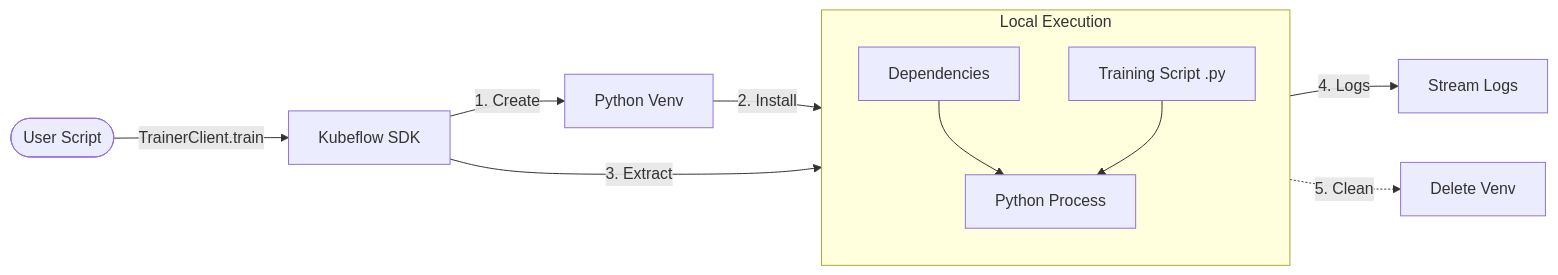
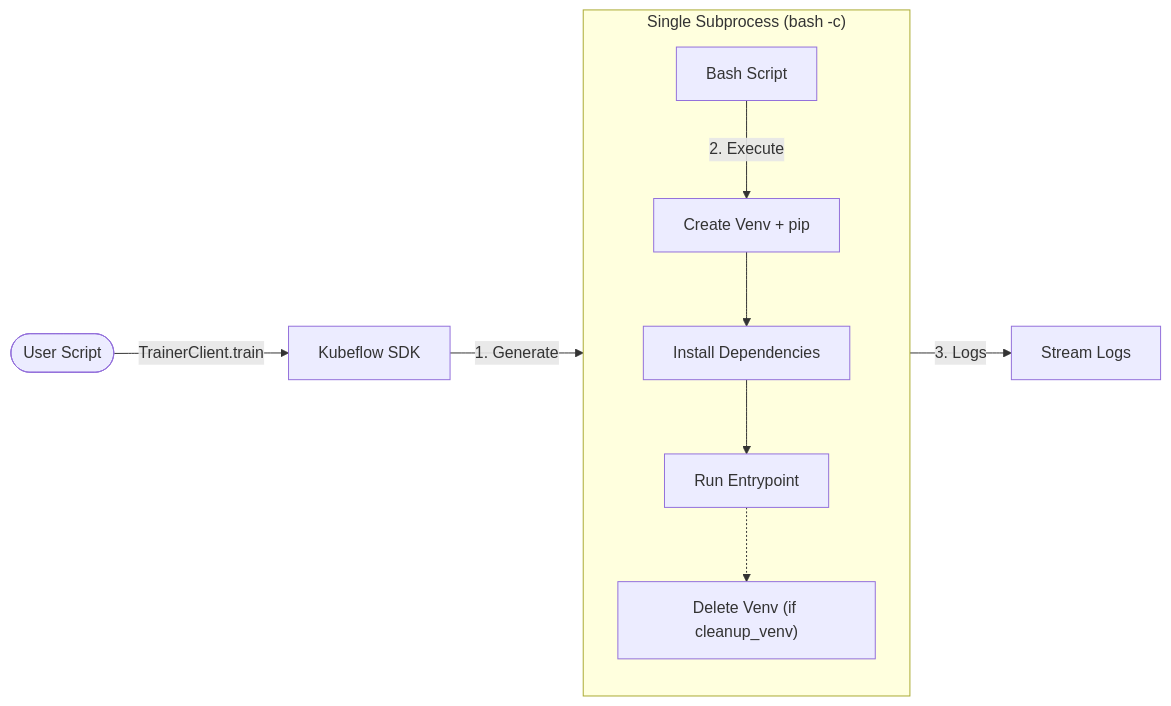
Before and after one commit to kubeflow/website: the diagram in content/en/docs/components/trainer/user-guides/local-execution-mode/local_process.md, drawn with Mermaid. The commit also changed 2 other files, not shown here.

Commit message:
docs(trainer): fix architecture diagrams and documentation accuracy
- docker.md: show logs streaming from all nodes, clarify conditional cleanup
- podman.md: correct architecture text (Docker→Podman), align diagram with implementation, remove incorrect workflow details
- local_process.md: update diagram to reflect bash script generation and single subprocess execution

These changes address reviewer feedback and align documentation with actual SDK implementation.

````diff
--- a/content/en/docs/components/trainer/user-guides/local-execution-mode/local_process.md
+++ b/content/en/docs/components/trainer/user-guides/local-execution-mode/local_process.md
@@ -224,17 +224,16 @@
 ```mermaid
 graph LR
     User([User Script]) -->|TrainerClient.train| SDK[Kubeflow SDK]
     
-    SDK -->|1. Create| Venv[Python Venv]
-    Venv -->|2. Install| Deps[Dependencies]
-    SDK -->|3. Extract| Script[Training Script .py]
+    SDK -->|1. Generate| Script[Bash Script]
     
-    subgraph LocalExec [Local Execution]
+    subgraph LocalExec ["Single Subprocess (bash -c)"]
         direction TB
-        Deps --> Process[Python Process]
-        Script --> Process
+        Script -->|2. Execute| Venv[Create Venv + pip]
+        Venv --> Deps[Install Dependencies]
+        Deps --> Train[Run Entrypoint]
+        Train -.-> Clean["Delete Venv (if cleanup_venv)"]
     end
     
-    Process -->|4. Logs| Logs[Stream Logs]
-    Process -.->|5. Clean| Cleanup[Delete Venv]
+    Train -->|3. Logs| Logs[Stream Logs]
 ```
````
